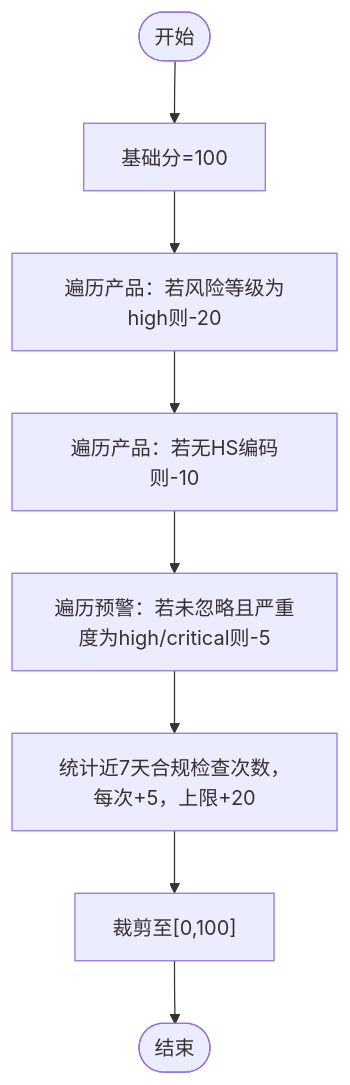
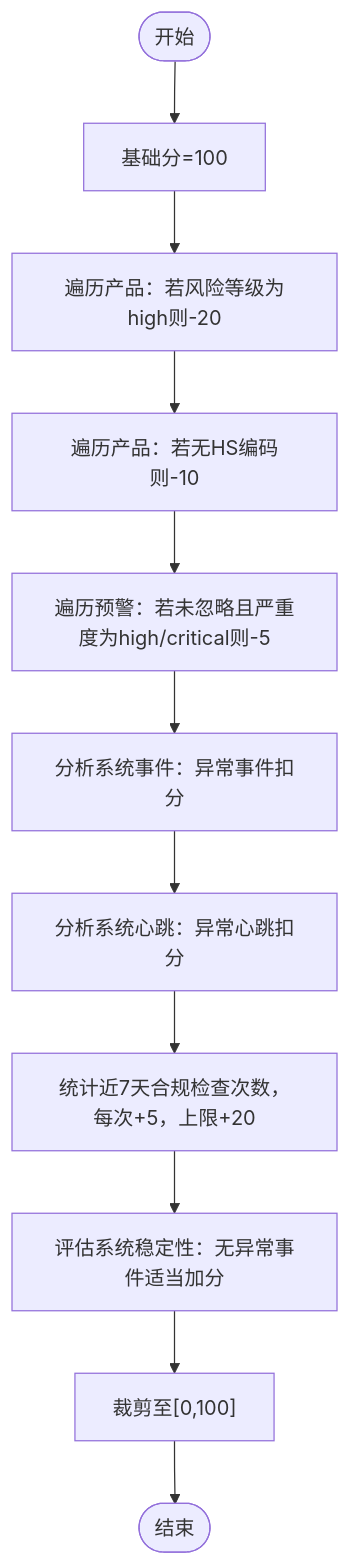
Before and after one commit to angledick/-: the fourth of 10 diagrams in .qoder/repowiki/zh/content/监控与运维/系统健康监控.md, drawn with Mermaid. The commit also changed other lines of this file and 770 other files, not shown here.

````diff
--- a/.qoder/repowiki/zh/content/监控与运维/系统健康监控.md
+++ b/.qoder/repowiki/zh/content/监控与运维/系统健康监控.md
@@ -177,10 +275,13 @@
 ```mermaid
 flowchart TD
 S(["开始"]) --> Base["基础分=100"]
 Base --> HRisk["遍历产品：若风险等级为high则-20"]
 HRisk --> NoHS["遍历产品：若无HS编码则-10"]
 NoHS --> Alerts["遍历预警：若未忽略且严重度为high/critical则-5"]
-Alerts --> Checks["统计近7天合规检查次数，每次+5，上限+20"]
-Checks --> Clip["裁剪至[0,100]"]
+Alerts --> Events["分析系统事件：异常事件扣分"]
+Events --> Heartbeat["分析系统心跳：异常心跳扣分"]
+Heartbeat --> Checks["统计近7天合规检查次数，每次+5，上限+20"]
+Checks --> Stability["评估系统稳定性：无异常事件适当加分"]
+Stability --> Clip["裁剪至[0,100]"]
 Clip --> E(["结束"])
 ```
````
